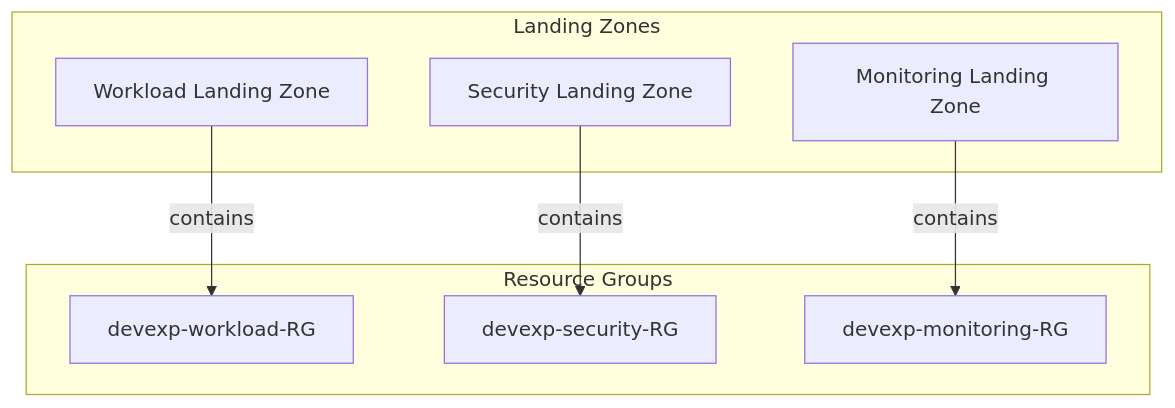
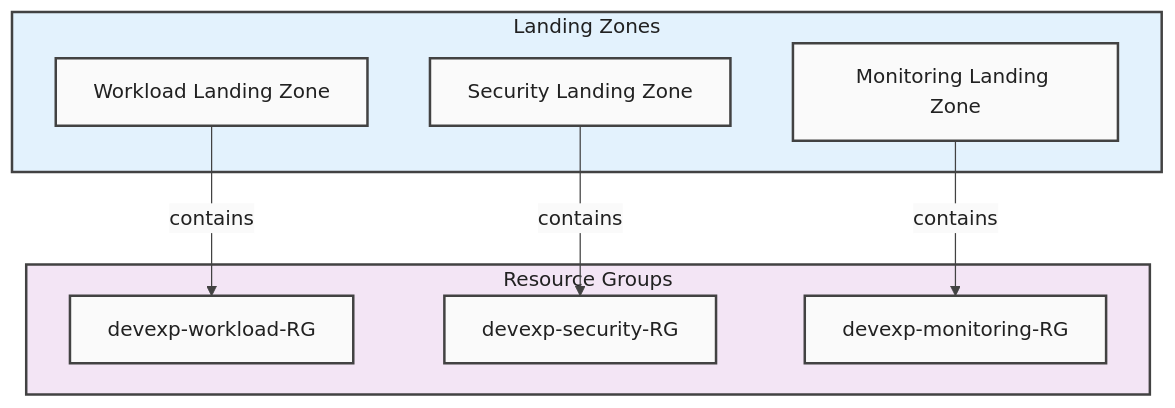
The tenth of 11 diagrams in docs/architecture/Business.md (Evilazaro/DevExp-DevBox), drawn with Mermaid before and after one commit. The commit also changed other lines of this file, not shown here.

Commit message:
docs: enhance Business Architecture diagrams with improved styling and clarity

````diff
--- a/docs/architecture/Business.md
+++ b/docs/architecture/Business.md
@@ -1092,16 +1156,27 @@
 ```mermaid
-graph TB
-    subgraph "Landing Zones"
+%%{init: {'theme': 'base', 'themeVariables': { 'primaryColor': '#FAFAFA', 'primaryBorderColor': '#424242', 'primaryTextColor': '#212121', 'lineColor': '#424242'}}}%%
+flowchart TB
+    %% Style Definitions
+    classDef default fill:#FAFAFA,stroke:#424242,stroke-width:2px,color:#212121
+    classDef level1 fill:#E3F2FD,stroke:#424242,stroke-width:2px,color:#212121
+    classDef level2 fill:#F3E5F5,stroke:#424242,stroke-width:2px,color:#212121
+
+    subgraph LZ["Landing Zones"]
         LZ1["Workload Landing Zone"]
         LZ2["Security Landing Zone"]
         LZ3["Monitoring Landing Zone"]
     end
-    subgraph "Resource Groups"
+
+    subgraph RG["Resource Groups"]
         RG1["devexp-workload-RG"]
         RG2["devexp-security-RG"]
         RG3["devexp-monitoring-RG"]
     end
+
     LZ1 -->|"contains"| RG1
     LZ2 -->|"contains"| RG2
     LZ3 -->|"contains"| RG3
+
+    class LZ level1
+    class RG level2
 ```
````
